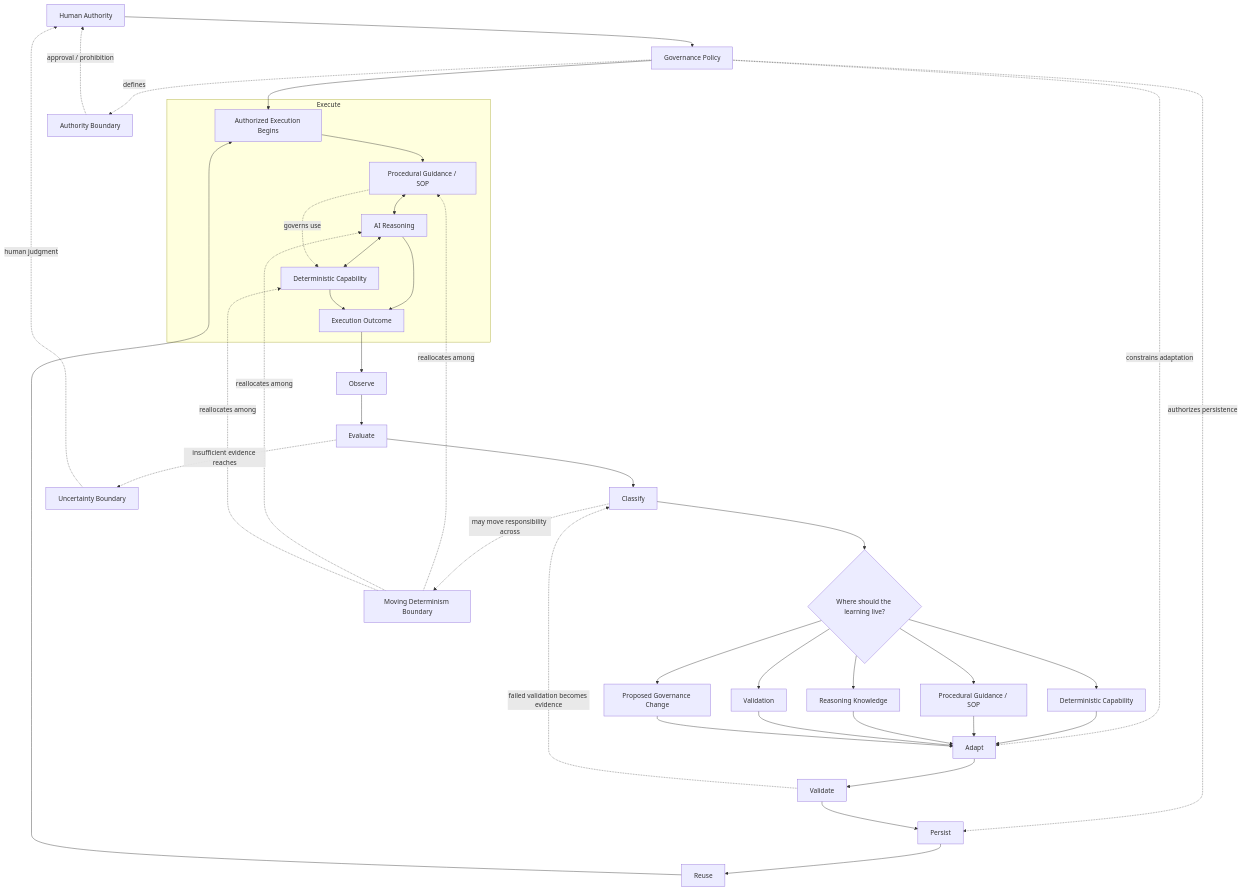
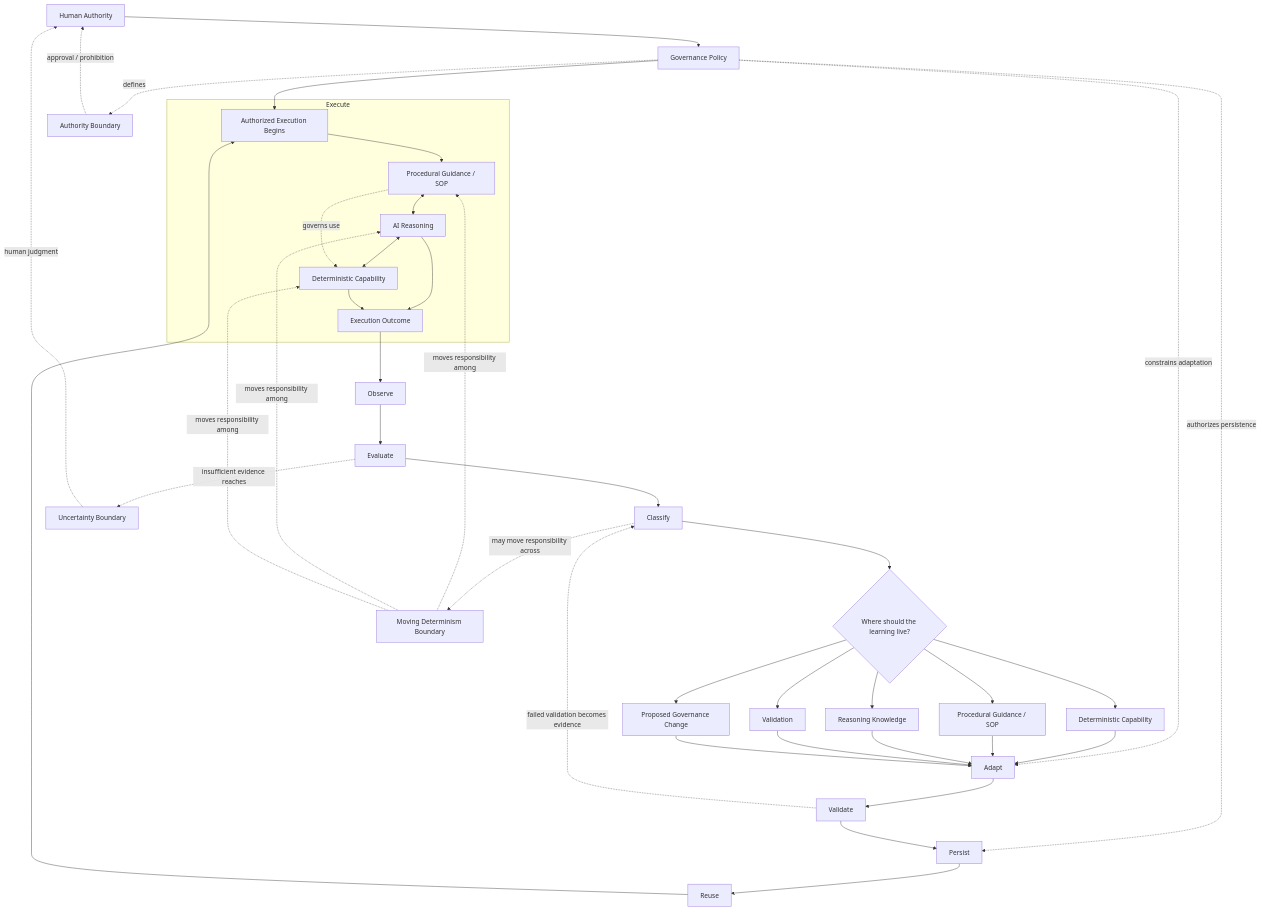
Before and after one commit to infoconex/ai-flywheel: the diagram in docs/architecture/operating-model.md, drawn with Mermaid. The commit also changed other lines of this file, not shown here.

````diff
--- a/docs/architecture/operating-model.md
+++ b/docs/architecture/operating-model.md
@@ -7,57 +7,57 @@
 ```mermaid
 flowchart TD
     H[Human Authority] --> G[Governance Policy]
 
     G --> START
     G -. constrains adaptation .-> A
     G -. authorizes persistence .-> P
 
     subgraph EXECUTE[Execute]
         START[Authorized Execution Begins]
         SOP[Procedural Guidance / SOP]
         AI[AI Reasoning]
         DC[Deterministic Capability]
         OUT[Execution Outcome]
 
         START --> SOP
         SOP <--> AI
         AI <--> DC
         SOP -. governs use .-> DC
         AI --> OUT
         DC --> OUT
     end
 
     OUT --> O[Observe]
     O --> E[Evaluate]
     E --> C[Classify]
 
     C --> Q{Where should the learning live?}
 
     Q --> D1[Deterministic Capability]
     Q --> D2[Procedural Guidance / SOP]
     Q --> D3[Reasoning Knowledge]
     Q --> D4[Validation]
     Q --> D5[Proposed Governance Change]
 
     D1 --> A[Adapt]
     D2 --> A
     D3 --> A
     D4 --> A
     D5 --> A
 
     A --> V[Validate]
     V --> P[Persist]
     P --> R[Reuse]
     R --> START
 
     V -. failed validation becomes evidence .-> C
     C -. may move responsibility across .-> MDB[Moving Determinism Boundary]
-    MDB -. reallocates among .-> SOP
-    MDB -. reallocates among .-> AI
-    MDB -. reallocates among .-> DC
+    MDB -. moves responsibility among .-> SOP
+    MDB -. moves responsibility among .-> AI
+    MDB -. moves responsibility among .-> DC
 
     G -. defines .-> AB[Authority Boundary]
     E -. insufficient evidence reaches .-> UB[Uncertainty Boundary]
     AB -. approval / prohibition .-> H
     UB -. human judgment .-> H
 ```
````
